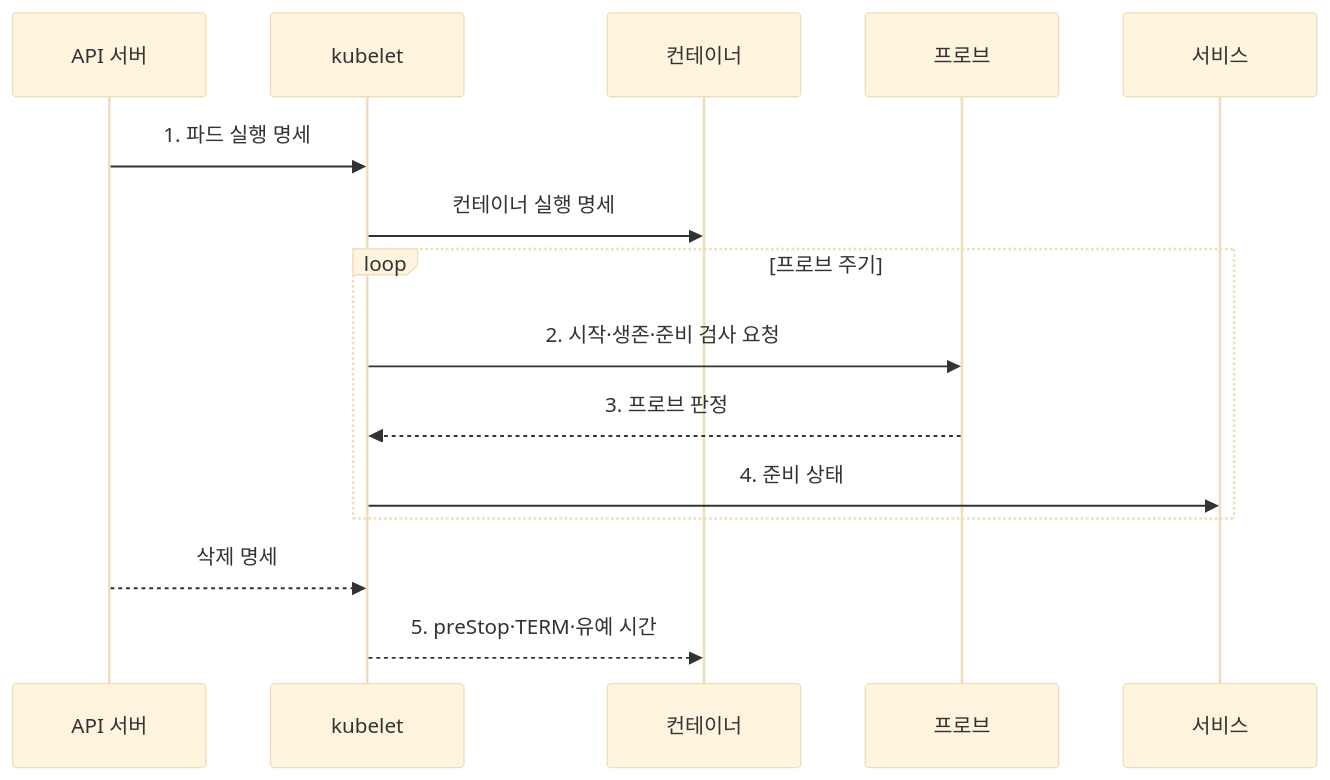
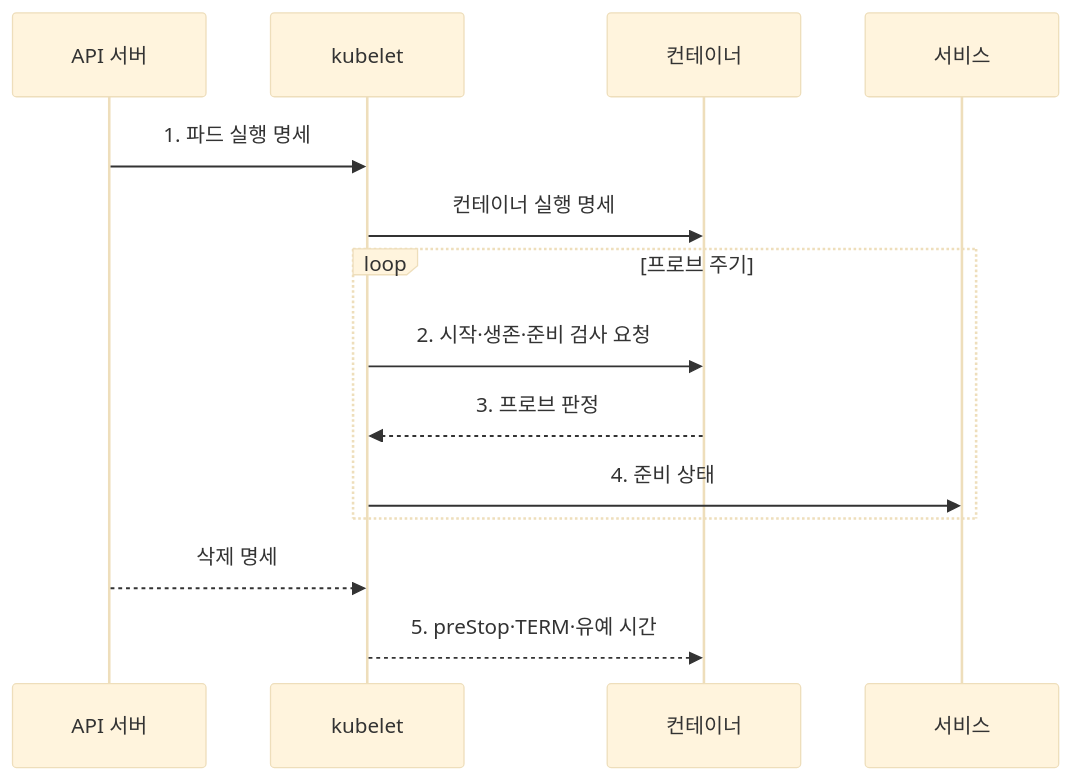
Before and after one commit to agnusdei1207/knowledge-base: the second of 2 diagrams in src/content/docs/notes/03-software/153_kubernetes_pod_lifecycle.md, drawn with Mermaid (base theme). The commit also changed 7 other files, not shown here.

Commit message:
Reduce cloud platform diagram actors

````diff
--- a/src/content/docs/notes/03-software/153_kubernetes_pod_lifecycle.md
+++ b/src/content/docs/notes/03-software/153_kubernetes_pod_lifecycle.md
@@ -97,17 +97,16 @@
 ```mermaid
 sequenceDiagram
     participant A as API 서버
     participant K as kubelet
     participant C as 컨테이너
-    participant P as 프로브
     participant E as 서비스
     A->>K: 1. 파드 실행 명세
     K->>C: 컨테이너 실행 명세
     loop 프로브 주기
-        K->>P: 2. 시작·생존·준비 검사 요청
-        P-->>K: 3. 프로브 판정
+        K->>C: 2. 시작·생존·준비 검사 요청
+        C-->>K: 3. 프로브 판정
         K->>E: 4. 준비 상태
     end
     A-->>K: 삭제 명세
     K-->>C: 5. preStop·TERM·유예 시간
 ```
````
